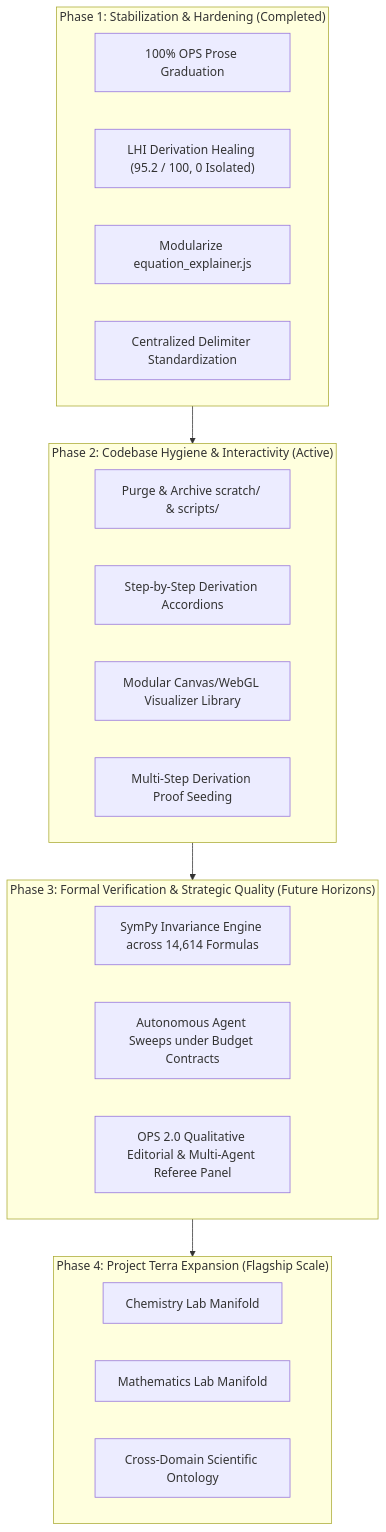
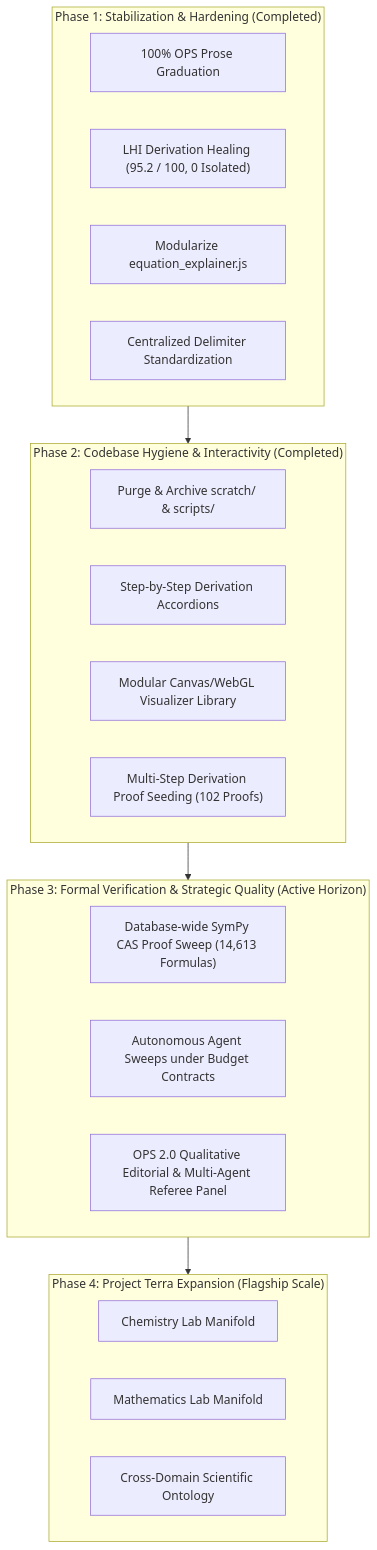
Before and after one commit to jholobetz/terra: the diagram in docs/roadmap.md, drawn with Mermaid. The commit also changed other lines of this file and 1 other file, not shown here.

Commit message:
docs: add Live Platform Capability Matrix & Audit-First protocol, mark Phase 2 completed in roadmap

````diff
--- a/docs/roadmap.md
+++ b/docs/roadmap.md
@@ -27,32 +27,32 @@
 ```mermaid
 flowchart TD
     subgraph Phase1["Phase 1: Stabilization & Hardening (Completed)"]
         P1A["100% OPS Prose Graduation"]
         P1B["LHI Derivation Healing (95.2 / 100, 0 Isolated)"]
         P1C["Modularize equation_explainer.js"]
         P1D["Centralized Delimiter Standardization"]
     end
 
-    subgraph Phase2["Phase 2: Codebase Hygiene & Interactivity (Active)"]
+    subgraph Phase2["Phase 2: Codebase Hygiene & Interactivity (Completed)"]
         P2A["Purge & Archive scratch/ & scripts/"]
         P2B["Step-by-Step Derivation Accordions"]
         P2C["Modular Canvas/WebGL Visualizer Library"]
-        P2D["Multi-Step Derivation Proof Seeding"]
+        P2D["Multi-Step Derivation Proof Seeding (102 Proofs)"]
     end
 
-    subgraph Phase3["Phase 3: Formal Verification & Strategic Quality (Future Horizons)"]
-        P3A["SymPy Invariance Engine across 14,614 Formulas"]
+    subgraph Phase3["Phase 3: Formal Verification & Strategic Quality (Active Horizon)"]
+        P3A["Database-wide SymPy CAS Proof Sweep (14,613 Formulas)"]
         P3B["Autonomous Agent Sweeps under Budget Contracts"]
         P3C["OPS 2.0 Qualitative Editorial & Multi-Agent Referee Panel"]
     end
 
     subgraph Phase4["Phase 4: Project Terra Expansion (Flagship Scale)"]
         P4A["Chemistry Lab Manifold"]
         P4B["Mathematics Lab Manifold"]
         P4C["Cross-Domain Scientific Ontology"]
     end
 
     Phase1 --> Phase2
     Phase2 --> Phase3
     Phase3 --> Phase4
 ```
````
